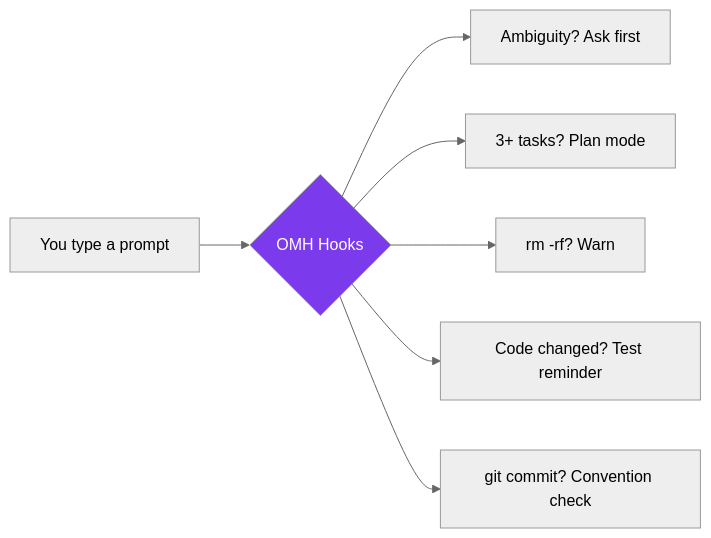
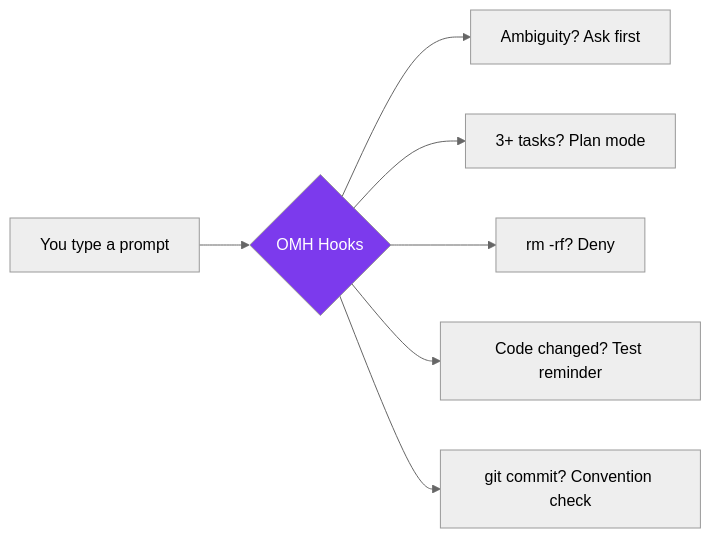
The first of 7 diagrams in README.md (Hoya324/oh-my-harness), drawn with Mermaid (neutral theme) before and after one commit. The commit also changed other lines of this file and 15 other files, not shown here.

````diff
--- a/README.md
+++ b/README.md
@@ -34,10 +34,10 @@
 ```mermaid
 graph LR
     A[You type a prompt] --> B{OMH Hooks}
     B --> C[Ambiguity? Ask first]
     B --> D[3+ tasks? Plan mode]
-    B --> E[rm -rf? Warn]
+    B --> E[rm -rf? Deny]
     B --> F[Code changed? Test reminder]
     B --> G[git commit? Convention check]
     style B fill:#7C3AED,color:#fff
 ```
````
